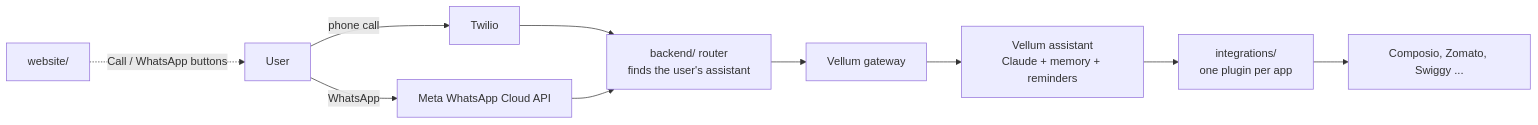
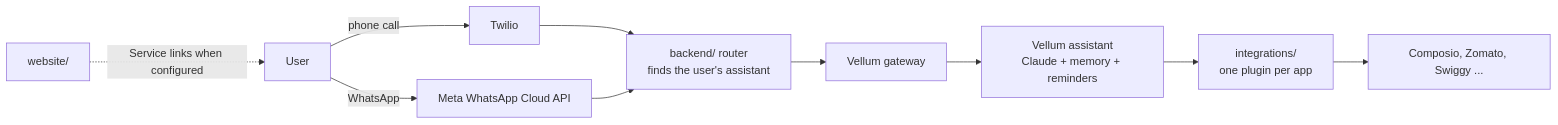
The diagram in README.md (Vivek-Chaudhari30/Bunty), drawn with Mermaid before and after one commit. The commit also changed other lines of this file and 51 other files, not shown here.

````diff
--- a/README.md
+++ b/README.md
@@ -27,12 +27,12 @@
 ```mermaid
 flowchart LR
     U[User] -->|phone call| T[Twilio]
     U -->|WhatsApp| W[Meta WhatsApp Cloud API]
     T --> R[backend/ router<br/>finds the user's assistant]
     W --> R
     R --> G[Vellum gateway]
     G --> A[Vellum assistant<br/>Claude + memory + reminders]
     A --> I[integrations/<br/>one plugin per app]
     I --> X[Composio, Zomato, Swiggy ...]
-    S[website/] -.->|Call / WhatsApp buttons| U
+    S[website/] -.->|Service links when configured| U
 ```
````
